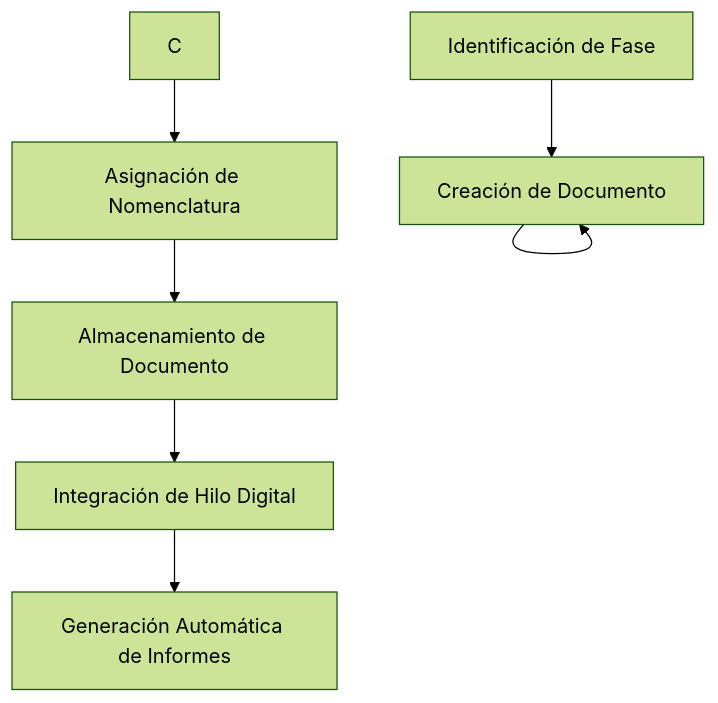
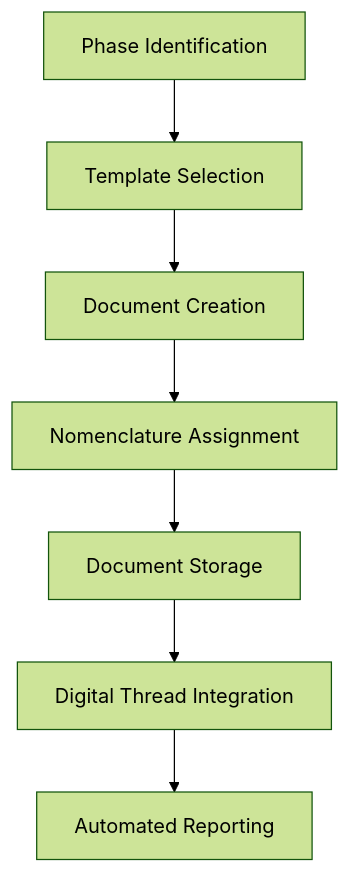
Before and after one commit to Robbbo-T/A-Q-U-A_V: the diagram in annexes/AnnexF_DocumentationTemplatesLibrary.md, drawn with Mermaid (forest theme). The commit also changed other lines of this file, not shown here.

````diff
--- a/annexes/AnnexF_DocumentationTemplatesLibrary.md
+++ b/annexes/AnnexF_DocumentationTemplatesLibrary.md
@@ -398,9 +398,9 @@
 ```mermaid
 graph TD
-    A[Identificación de Fase] --> B[Selección de Plantilla]
-    B --> B[Creación de Documento]
-    C --> D[Asignación de Nomenclatura]
-    D --> E[Almacenamiento de Documento]
-    E --> F[Integración de Hilo Digital]
-    F --> G[Generación Automática de Informes]
+    A[Phase Identification] --> B[Template Selection]
+    B --> C[Document Creation]
+    C --> D[Nomenclature Assignment]
+    D --> E[Document Storage]
+    E --> F[Digital Thread Integration]
+    F --> G[Automated Reporting]
 ```
````
